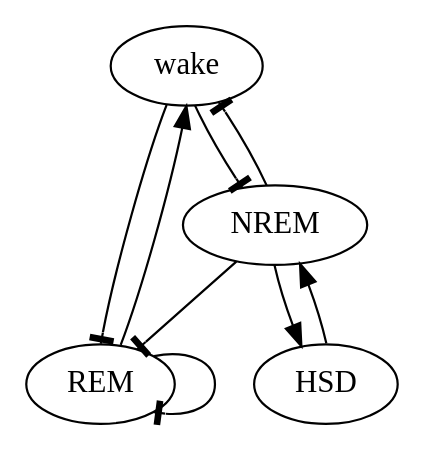
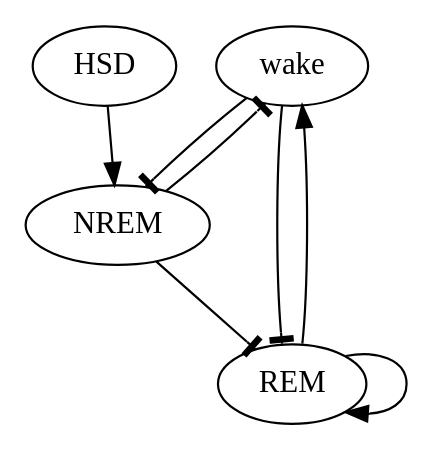
The diagram in TestAssemblage1/test-output.gv (arthur-grimaud/sleepRegulSimu), drawn with Graphviz before and after one commit. The commit also changed 7 other files, not shown here.

```diff
--- a/TestAssemblage1/test-output.gv
+++ b/TestAssemblage1/test-output.gv
@@ -1,14 +1,13 @@
 digraph {
 	wake [label=wake]
 	NREM [label=NREM]
 	REM [label=REM]
 	HSD [label=HSD]
 	REM -> wake [constraint=true directed=false]
 	NREM -> wake [arrowhead=tee constraint=true directed=false]
 	wake -> NREM [arrowhead=tee constraint=true directed=false]
 	HSD -> NREM [constraint=true directed=false]
 	wake -> REM [arrowhead=tee constraint=true directed=false]
-	REM -> REM [arrowhead=tee constraint=true directed=false]
+	REM -> REM [constraint=true directed=false]
 	NREM -> REM [arrowhead=tee constraint=true directed=false]
-	NREM -> HSD [constraint=true directed=false]
 }
```
